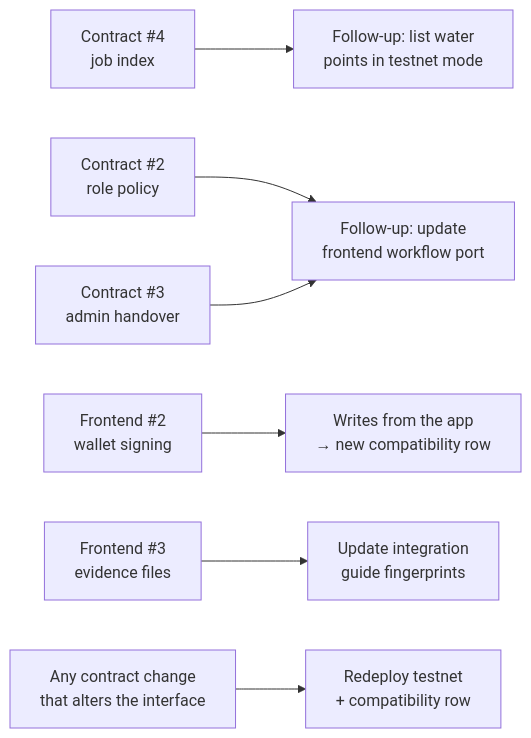
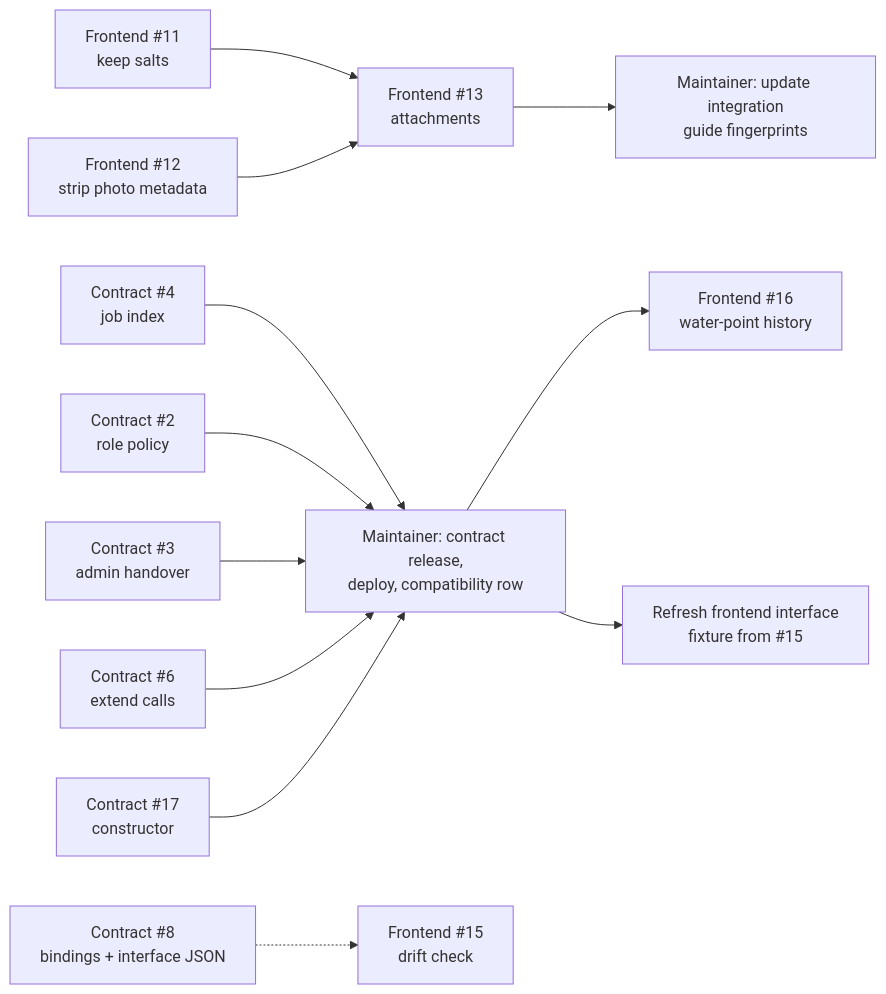
One commit to WaterUptime/WaterUptime changed the diagram in docs/drips-wave-backlog.md. Above: the diagram before and after it, drawn with Mermaid. The commit also changed other lines of this file, not shown here.

````diff
--- a/docs/drips-wave-backlog.md
+++ b/docs/drips-wave-backlog.md
@@ -54,9 +73,14 @@
 ```mermaid
 flowchart LR
-    C4[Contract #4<br/>job index] --> F_list[Follow-up: list water<br/>points in testnet mode]
-    C2[Contract #2<br/>role policy] --> F_port[Follow-up: update<br/>frontend workflow port]
-    C3[Contract #3<br/>admin handover] --> F_port
-    F2[Frontend #2<br/>wallet signing] --> F_wr[Writes from the app<br/>→ new compatibility row]
-    F3[Frontend #3<br/>evidence files] --> Docs[Update integration<br/>guide fingerprints]
-    C_any[Any contract change<br/>that alters the interface] --> Redeploy[Redeploy testnet<br/>+ compatibility row]
+    F11[Frontend #11<br/>keep salts] --> F13[Frontend #13<br/>attachments]
+    F12[Frontend #12<br/>strip photo metadata] --> F13
+    F13 --> Docs[Maintainer: update integration<br/>guide fingerprints]
+    C4[Contract #4<br/>job index] --> Rel[Maintainer: contract release,<br/>deploy, compatibility row]
+    C2[Contract #2<br/>role policy] --> Rel
+    C3[Contract #3<br/>admin handover] --> Rel
+    C6[Contract #6<br/>extend calls] --> Rel
+    C17[Contract #17<br/>constructor] --> Rel
+    Rel --> F16[Frontend #16<br/>water-point history]
+    Rel --> Fix[Refresh frontend interface<br/>fixture from #15]
+    C8[Contract #8<br/>bindings + interface JSON] -.-> F15[Frontend #15<br/>drift check]
 ```
````
